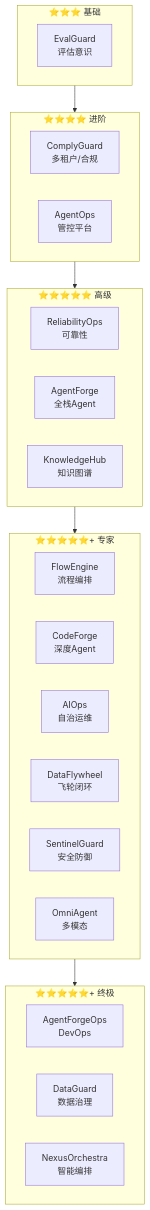
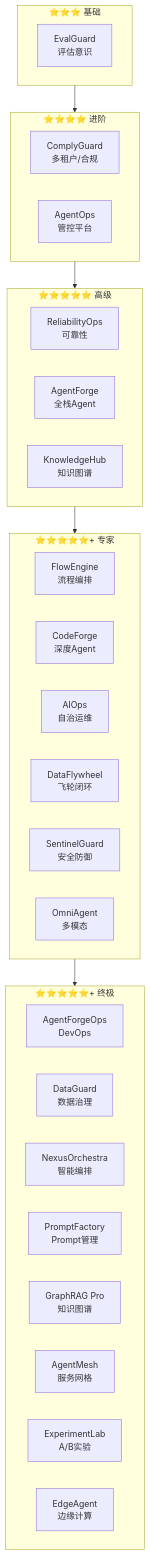
The second of 3 diagrams in docs/项目实践/00-项目实践总览.md (UranusGit/java-agent-learn), drawn with Mermaid before and after one commit. The commit also changed other lines of this file and 55 other files, not shown here.

````diff
--- a/docs/项目实践/00-项目实践总览.md
+++ b/docs/项目实践/00-项目实践总览.md
@@ -86,34 +106,39 @@
 ```mermaid
 flowchart TB
     subgraph Level1["⭐⭐⭐ 基础"]
         E["EvalGuard<br/>评估意识"]
     end
 
     subgraph Level2["⭐⭐⭐⭐ 进阶"]
         C["ComplyGuard<br/>多租户/合规"]
         A["AgentOps<br/>管控平台"]
     end
 
     subgraph Level3["⭐⭐⭐⭐⭐ 高级"]
         R["ReliabilityOps<br/>可靠性"]
         AF["AgentForge<br/>全栈Agent"]
         KH["KnowledgeHub<br/>知识图谱"]
     end
 
     subgraph Level4["⭐⭐⭐⭐⭐+ 专家"]
         FE["FlowEngine<br/>流程编排"]
         CF["CodeForge<br/>深度Agent"]
         AO["AIOps<br/>自治运维"]
         DF["DataFlywheel<br/>飞轮闭环"]
         SG["SentinelGuard<br/>安全防御"]
         OA["OmniAgent<br/>多模态"]
     end
 
     subgraph Level5["⭐⭐⭐⭐⭐+ 终极"]
         AFO["AgentForgeOps<br/>DevOps"]
         DG["DataGuard<br/>数据治理"]
         NO["NexusOrchestra<br/>智能编排"]
+        PF["PromptFactory<br/>Prompt管理"]
+        GRP["GraphRAG Pro<br/>知识图谱"]
+        AM["AgentMesh<br/>服务网格"]
+        EL["ExperimentLab<br/>A/B实验"]
+        EA["EdgeAgent<br/>边缘计算"]
     end
 
     Level1 --> Level2 --> Level3 --> Level4 --> Level5
 ```
````
